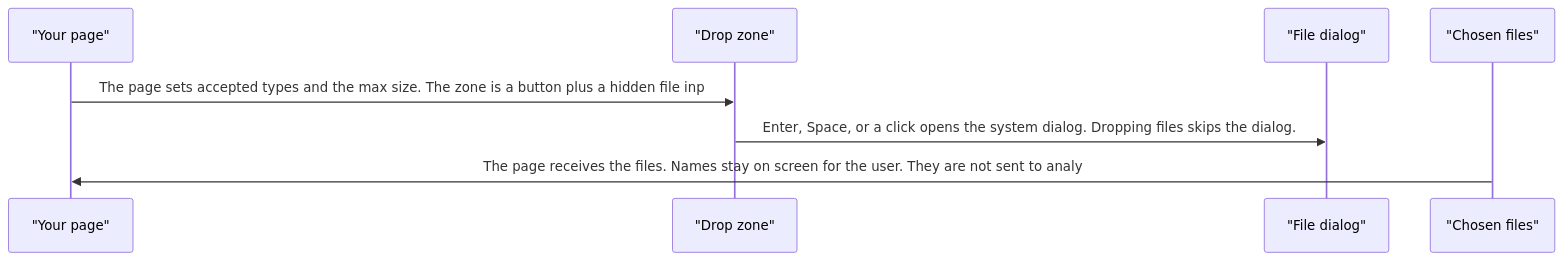
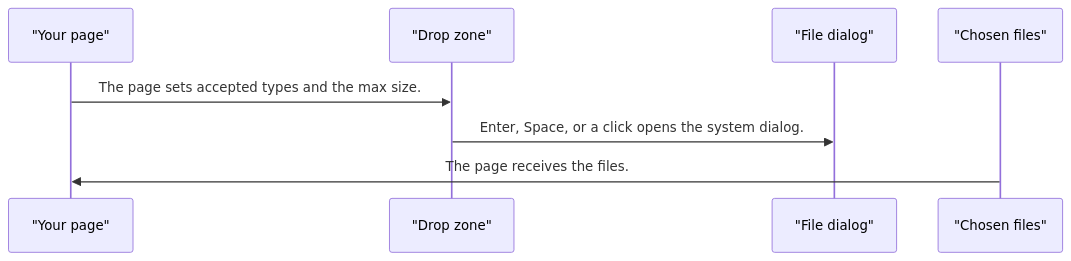
Before and after one commit to RajshekharBorate/pixel-ui: the second of 3 diagrams in projects/pixel-ui/src/lib/pixel-file-upload/DESIGN.md, drawn with Mermaid. The commit also changed other lines of this file and 80 other files, not shown here.

Commit message:
Fill missing design flows and correct the stories that did not match component behavior.

````diff
--- a/projects/pixel-ui/src/lib/pixel-file-upload/DESIGN.md
+++ b/projects/pixel-ui/src/lib/pixel-file-upload/DESIGN.md
@@ -49,10 +49,10 @@
 ```mermaid
 sequenceDiagram
   participant page as "Your page"
   participant zone as "Drop zone"
   participant picker as "File dialog"
   participant list as "Chosen files"
-  page->>zone: The page sets accepted types and the max size. The zone is a button plus a hidden file inp
-  zone->>picker: Enter, Space, or a click opens the system dialog. Dropping files skips the dialog.
-  list->>page: The page receives the files. Names stay on screen for the user. They are not sent to analy
+  page->>zone: The page sets accepted types and the max size.
+  zone->>picker: Enter, Space, or a click opens the system dialog.
+  list->>page: The page receives the files.
 ```
````
